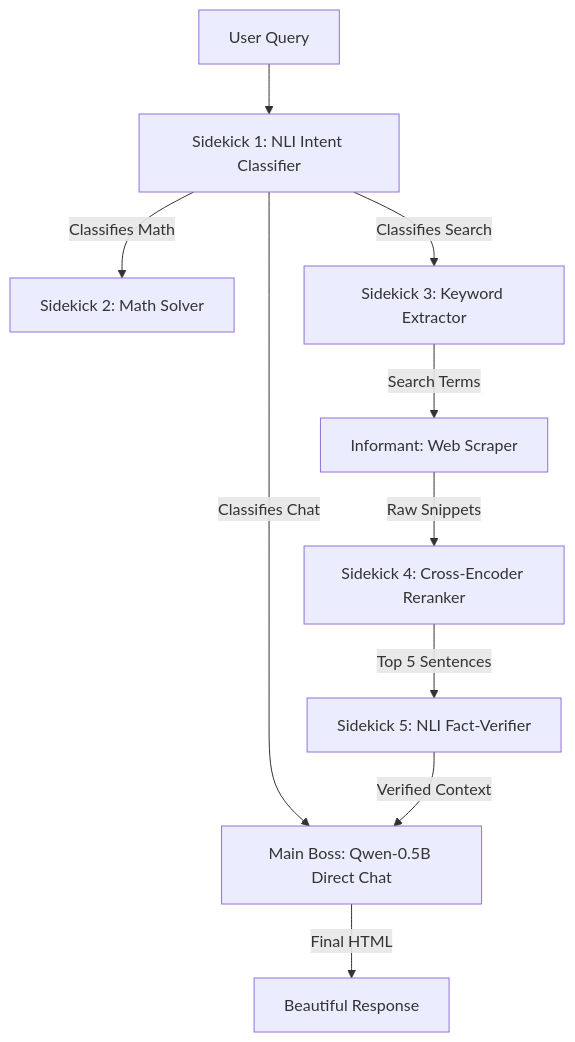
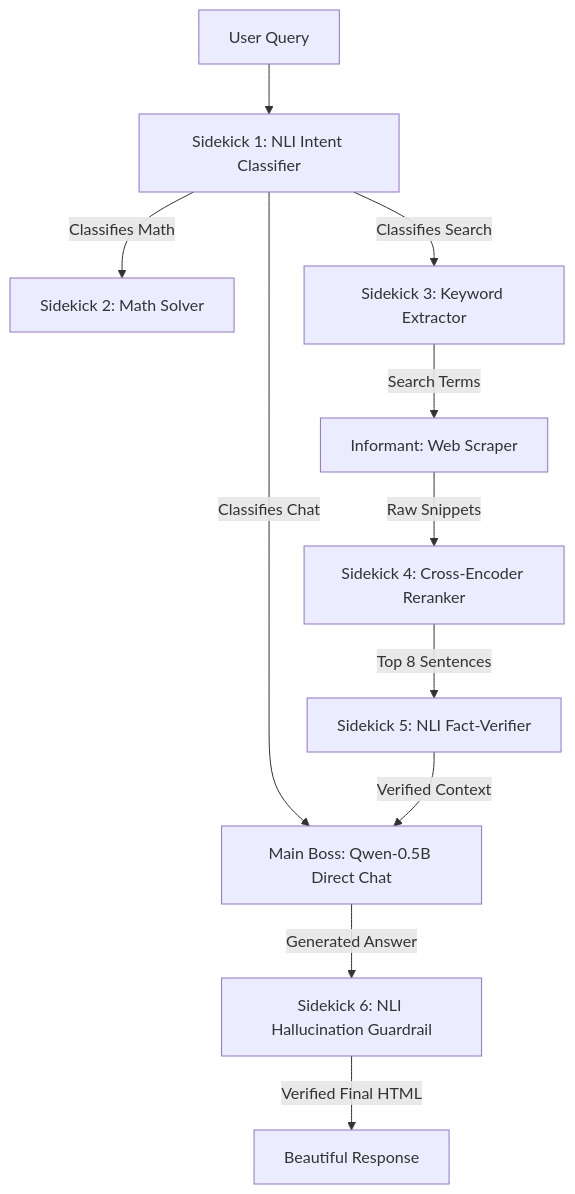
One commit to 7CGPA-Labs/know-it-all changed the diagram in README.md. Above: the diagram before and after it, drawn with Mermaid. The commit also changed other lines of this file, not shown here.

Commit message:
Update README with NLI Hallucination Guardrail sidekick documentation

````diff
--- a/README.md
+++ b/README.md
@@ -11,12 +11,13 @@
 ```mermaid
 graph TD
     A[User Query] --> B[Sidekick 1: NLI Intent Classifier]
     B -->|Classifies Math| C[Sidekick 2: Math Solver]
     B -->|Classifies Chat| D[Main Boss: Qwen-0.5B Direct Chat]
     B -->|Classifies Search| E[Sidekick 3: Keyword Extractor]
     E -->|Search Terms| F[Informant: Web Scraper]
     F -->|Raw Snippets| G[Sidekick 4: Cross-Encoder Reranker]
-    G -->|Top 5 Sentences| H[Sidekick 5: NLI Fact-Verifier]
+    G -->|Top 8 Sentences| H[Sidekick 5: NLI Fact-Verifier]
     H -->|Verified Context| D
-    D -->|Final HTML| I[Beautiful Response]
+    D -->|Generated Answer| J[Sidekick 6: NLI Hallucination Guardrail]
+    J -->|Verified Final HTML| I[Beautiful Response]
 ```
````
